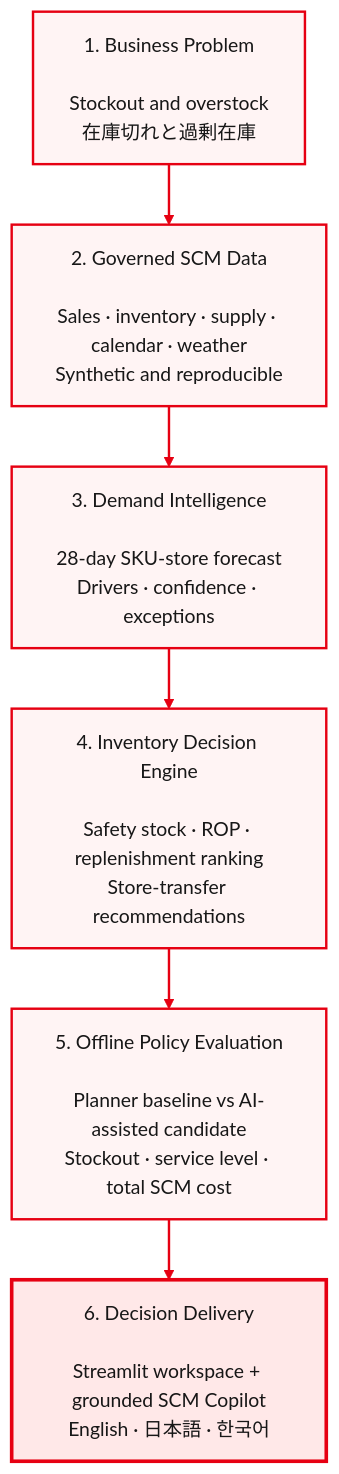
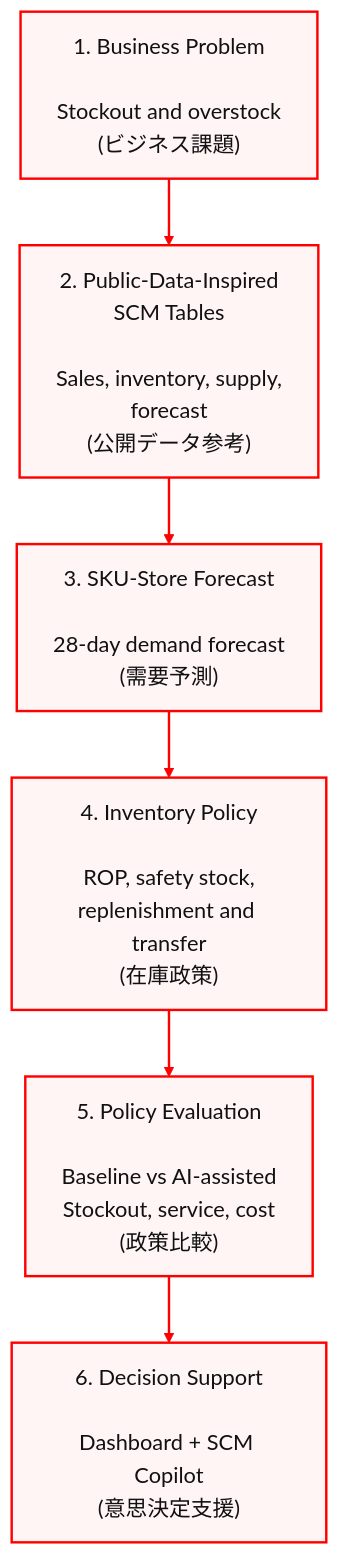
Before and after one commit to Lee2379/scm-ai-analytics-business: the diagram in README.md, drawn with Mermaid.

Commit message:
Match architecture workflow to clean vertical reference

````diff
--- a/README.md
+++ b/README.md
@@ -51,17 +51,16 @@
 ```mermaid
+%%{init: {"theme":"base","flowchart":{"curve":"linear","htmlLabels":true,"nodeSpacing":45,"rankSpacing":55},"themeVariables":{"fontFamily":"Arial, sans-serif","fontSize":"18px","primaryTextColor":"#111111","lineColor":"#ff0000"}}}%%
 flowchart TD
-    A["1. Business Problem<br/><br/>Stockout and overstock<br/>在庫切れと過剰在庫"]
-    B["2. Governed SCM Data<br/><br/>Sales · inventory · supply · calendar · weather<br/>Synthetic and reproducible"]
-    C["3. Demand Intelligence<br/><br/>28-day SKU-store forecast<br/>Drivers · confidence · exceptions"]
-    D["4. Inventory Decision Engine<br/><br/>Safety stock · ROP · replenishment ranking<br/>Store-transfer recommendations"]
-    E["5. Offline Policy Evaluation<br/><br/>Planner baseline vs AI-assisted candidate<br/>Stockout · service level · total SCM cost"]
-    F["6. Decision Delivery<br/><br/>Streamlit workspace + grounded SCM Copilot<br/>English · 日本語 · 한국어"]
+    A["1. Business Problem<br/><br/>Stockout and overstock<br/>(ビジネス課題)"]
+    B["2. Public-Data-Inspired<br/>SCM Tables<br/><br/>Sales, inventory, supply,<br/>forecast<br/>(公開データ参考)"]
+    C["3. SKU-Store Forecast<br/><br/>28-day demand forecast<br/>(需要予測)"]
+    D["4. Inventory Policy<br/><br/>ROP, safety stock,<br/>replenishment and transfer<br/>(在庫政策)"]
+    E["5. Policy Evaluation<br/><br/>Baseline vs AI-assisted<br/>Stockout, service, cost<br/>(政策比較)"]
+    F["6. Decision Support<br/><br/>Dashboard + SCM Copilot<br/>(意思決定支援)"]
 
     A --> B --> C --> D --> E --> F
 
-    classDef workflow fill:#fff4f4,stroke:#e60012,stroke-width:2px,color:#171717;
-    classDef delivery fill:#ffe8e8,stroke:#e60012,stroke-width:3px,color:#171717;
-    class A,B,C,D,E workflow;
-    class F delivery;
-    linkStyle default stroke:#e60012,stroke-width:2px;
+    classDef workflow fill:#fff5f5,stroke:#ff0000,stroke-width:2px,color:#111111;
+    class A,B,C,D,E,F workflow;
+    linkStyle default stroke:#ff0000,stroke-width:2px;
 ```
````
